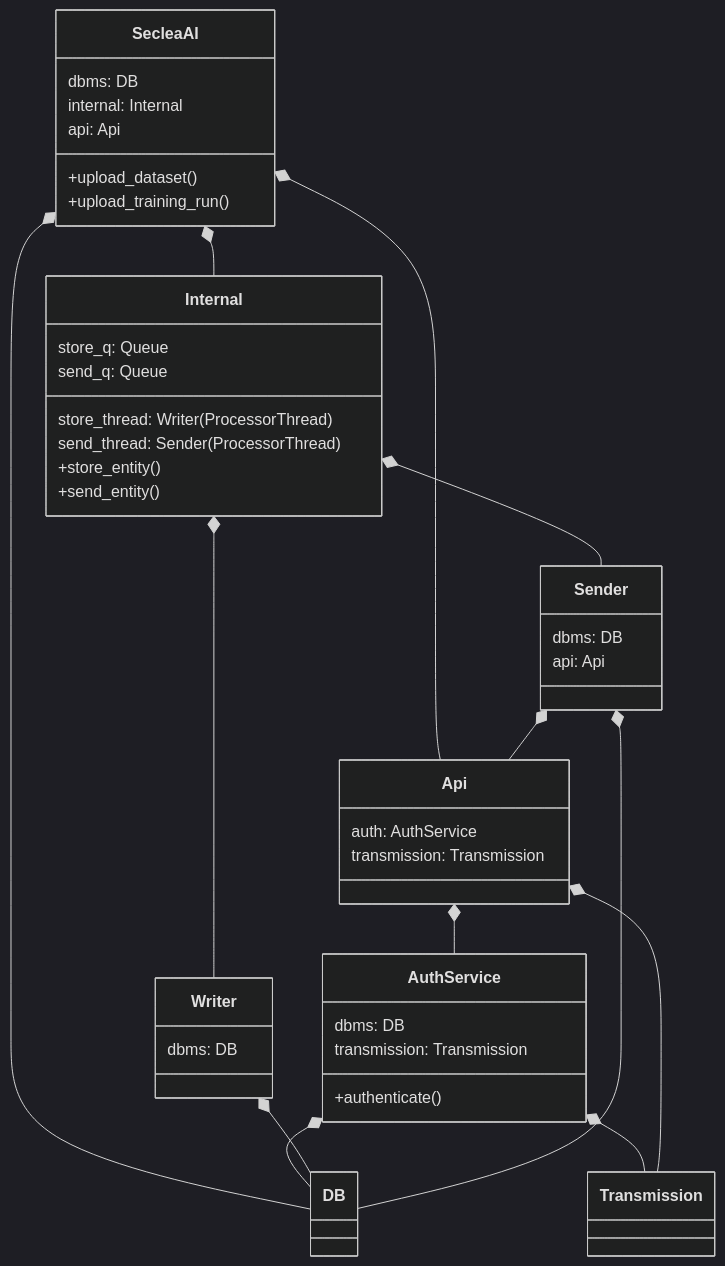
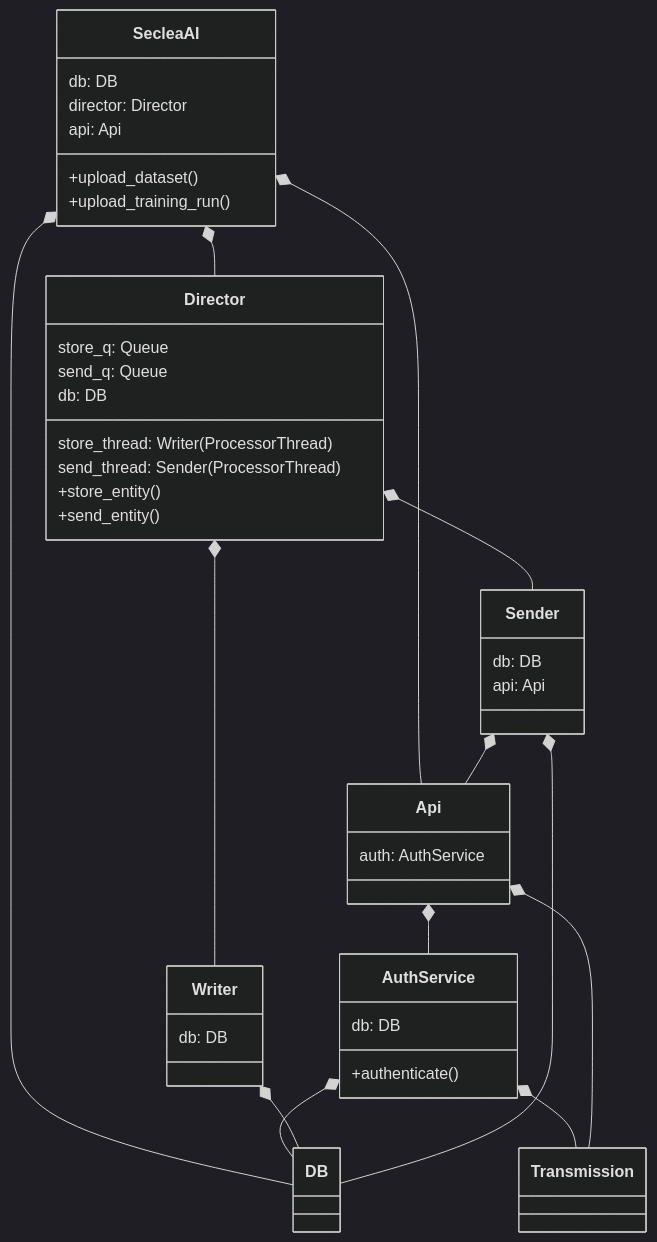
Before and after one commit to seclea/seclea_ai: the third of 5 diagrams in docs/design/architecture.md, drawn with Mermaid (dark theme). The commit also changed other lines of this file and 3 other files, not shown here.

````diff
--- a/docs/design/architecture.md
+++ b/docs/design/architecture.md
@@ -101,74 +101,69 @@
 ```mermaid
   classDiagram
 
-  SecleaAI *-- Internal
+  SecleaAI *-- Director
   SecleaAI *-- Api
   SecleaAI *-- DB
   
   AuthService *-- Transmission
   AuthService *-- DB
   
-  Internal *-- Writer
-  Internal *-- Sender
+  Director *-- Writer
+  Director *-- Sender
   
   Api *-- AuthService
   Api *-- Transmission
   
   Writer *-- DB
   
   Sender *-- Api
   Sender *-- DB
 
   class SecleaAI {
-    dbms: DB
-    internal: Internal
+    db: DB
+    director: Director
     api: Api
     
     +upload_dataset()
     +upload_training_run()
   }
   
 
   class AuthService {
-    dbms: DB
-    transmission: Transmission
+    db: DB
     
     +authenticate()
   }
   
   
-  class Internal {
+  class Director {
     store_q: Queue
     send_q: Queue
+    db: DB
     store_thread: Writer(ProcessorThread)
     send_thread: Sender(ProcessorThread)
     
     +store_entity()
     +send_entity()
     
   }
   
   class Api {
     auth: AuthService
-    transmission: Transmission
     
   }
   
-  class Transmission {
-  
-  }
-  
   class Writer {
-    dbms: DB
+    db: DB
   }
   
   class Sender {
-    dbms: DB
+    db: DB
     api: Api
   }
   
   class DB {
   
   }
   
 ```
````
